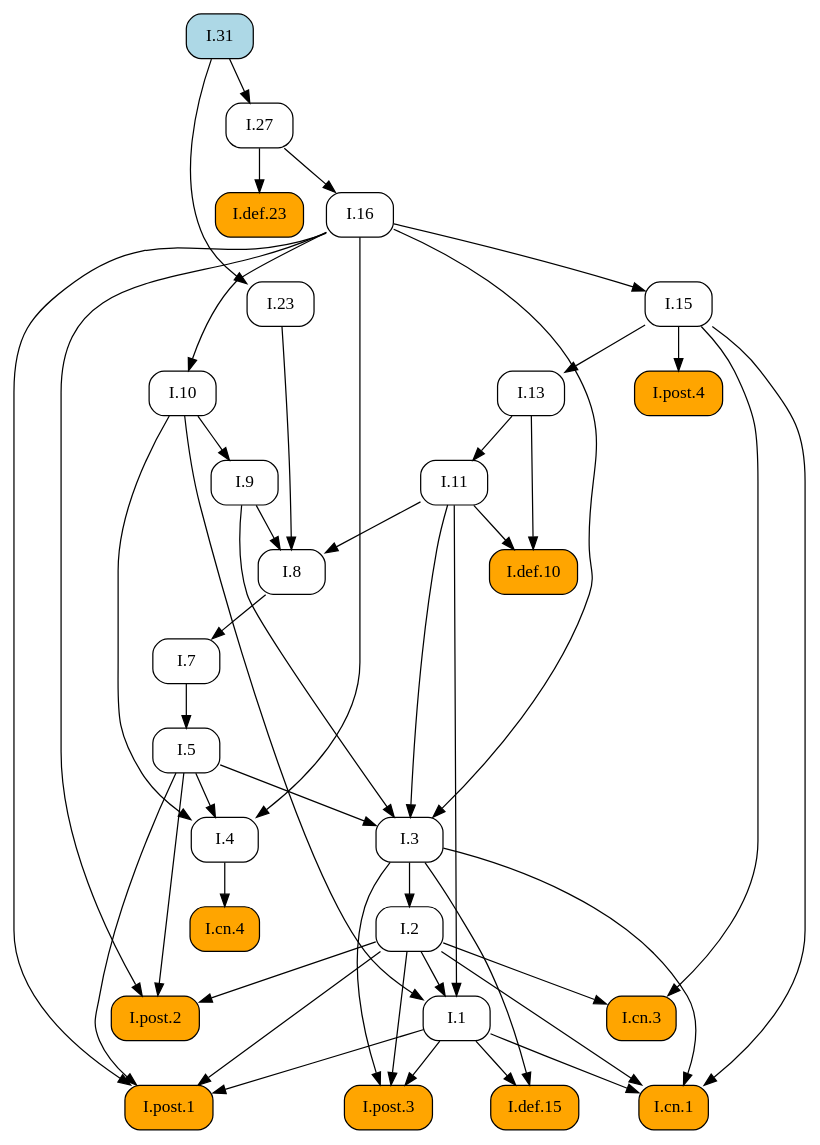
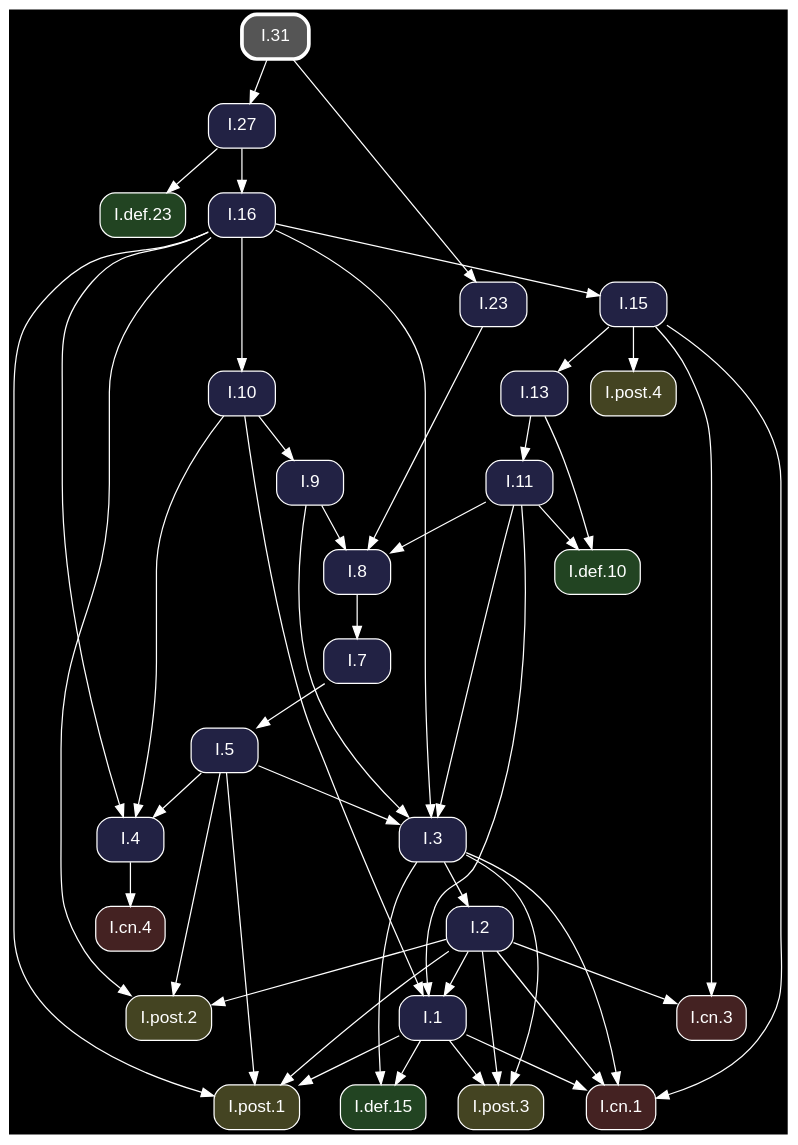
One commit to geometor/elements changed the diagram in docsrc/heath/I/31/index.rst. Above: the diagram before and after it, drawn with Graphviz. The commit also changed other lines of this file and 1200 other files, not shown here.

Commit message:
update dependency graphs

```diff
--- a/docsrc/heath/I/31/index.rst
+++ b/docsrc/heath/I/31/index.rst
@@ -37,79 +37,81 @@
 .. graphviz::
 
    digraph {
+     bgcolor="black";
+     node [shape=box, style="rounded,filled", fontname="Helvetica", color="white", fontcolor="white"];
+     edge [color="white", fontcolor="white"];
      rankdir="TB";
-     node [shape=box, style=rounded];
-     "I.23" [URL="/heath/I/23/", target="_top"];
-     "I.9" [URL="/heath/I/9/", target="_top"];
-     "I.cn.1" [style="rounded,filled", fillcolor=orange, URL="/heath/I/cn.1/", target="_top"];
-     "I.7" [URL="/heath/I/7/", target="_top"];
-     "I.2" [URL="/heath/I/2/", target="_top"];
-     "I.def.15" [style="rounded,filled", fillcolor=orange, URL="/heath/I/def.15/", target="_top"];
-     "I.13" [URL="/heath/I/13/", target="_top"];
-     "I.post.4" [style="rounded,filled", fillcolor=orange, URL="/heath/I/post.4/", target="_top"];
-     "I.4" [URL="/heath/I/4/", target="_top"];
-     "I.1" [URL="/heath/I/1/", target="_top"];
-     "I.post.3" [style="rounded,filled", fillcolor=orange, URL="/heath/I/post.3/", target="_top"];
-     "I.post.1" [style="rounded,filled", fillcolor=orange, URL="/heath/I/post.1/", target="_top"];
-     "I.5" [URL="/heath/I/5/", target="_top"];
-     "I.8" [URL="/heath/I/8/", target="_top"];
-     "I.cn.3" [style="rounded,filled", fillcolor=orange, URL="/heath/I/cn.3/", target="_top"];
-     "I.16" [URL="/heath/I/16/", target="_top"];
-     "I.31" [style="rounded,filled", fillcolor=lightblue, URL="/heath/I/31/", target="_top"];
-     "I.def.10" [style="rounded,filled", fillcolor=orange, URL="/heath/I/def.10/", target="_top"];
-     "I.15" [URL="/heath/I/15/", target="_top"];
-     "I.10" [URL="/heath/I/10/", target="_top"];
-     "I.11" [URL="/heath/I/11/", target="_top"];
-     "I.def.23" [style="rounded,filled", fillcolor=orange, URL="/heath/I/def.23/", target="_top"];
-     "I.27" [URL="/heath/I/27/", target="_top"];
-     "I.cn.4" [style="rounded,filled", fillcolor=orange, URL="/heath/I/cn.4/", target="_top"];
-     "I.post.2" [style="rounded,filled", fillcolor=orange, URL="/heath/I/post.2/", target="_top"];
-     "I.3" [URL="/heath/I/3/", target="_top"];
-     "I.31" -> "I.23";
-     "I.10" -> "I.9";
+     "I.31" [penwidth=3, color="white", fillcolor="#555555", URL="/heath/I/31/", target="_top"];
+     "I.3" [fillcolor="#222244", URL="/heath/I/3/", target="_top"];
+     "I.post.1" [fillcolor="#444422", URL="/heath/I/post.1/", target="_top"];
+     "I.cn.1" [fillcolor="#442222", URL="/heath/I/cn.1/", target="_top"];
+     "I.def.10" [fillcolor="#224422", URL="/heath/I/def.10/", target="_top"];
+     "I.15" [fillcolor="#222244", URL="/heath/I/15/", target="_top"];
+     "I.11" [fillcolor="#222244", URL="/heath/I/11/", target="_top"];
+     "I.16" [fillcolor="#222244", URL="/heath/I/16/", target="_top"];
+     "I.cn.3" [fillcolor="#442222", URL="/heath/I/cn.3/", target="_top"];
+     "I.13" [fillcolor="#222244", URL="/heath/I/13/", target="_top"];
+     "I.27" [fillcolor="#222244", URL="/heath/I/27/", target="_top"];
+     "I.2" [fillcolor="#222244", URL="/heath/I/2/", target="_top"];
+     "I.post.2" [fillcolor="#444422", URL="/heath/I/post.2/", target="_top"];
+     "I.cn.4" [fillcolor="#442222", URL="/heath/I/cn.4/", target="_top"];
+     "I.def.23" [fillcolor="#224422", URL="/heath/I/def.23/", target="_top"];
+     "I.9" [fillcolor="#222244", URL="/heath/I/9/", target="_top"];
+     "I.1" [fillcolor="#222244", URL="/heath/I/1/", target="_top"];
+     "I.post.4" [fillcolor="#444422", URL="/heath/I/post.4/", target="_top"];
+     "I.23" [fillcolor="#222244", URL="/heath/I/23/", target="_top"];
+     "I.8" [fillcolor="#222244", URL="/heath/I/8/", target="_top"];
+     "I.4" [fillcolor="#222244", URL="/heath/I/4/", target="_top"];
+     "I.post.3" [fillcolor="#444422", URL="/heath/I/post.3/", target="_top"];
+     "I.7" [fillcolor="#222244", URL="/heath/I/7/", target="_top"];
+     "I.def.15" [fillcolor="#224422", URL="/heath/I/def.15/", target="_top"];
+     "I.5" [fillcolor="#222244", URL="/heath/I/5/", target="_top"];
+     "I.10" [fillcolor="#222244", URL="/heath/I/10/", target="_top"];
+     "I.5" -> "I.3";
+     "I.9" -> "I.3";
+     "I.11" -> "I.3";
+     "I.16" -> "I.3";
+     "I.1" -> "I.post.1";
+     "I.2" -> "I.post.1";
+     "I.5" -> "I.post.1";
+     "I.16" -> "I.post.1";
      "I.1" -> "I.cn.1";
      "I.2" -> "I.cn.1";
      "I.3" -> "I.cn.1";
      "I.15" -> "I.cn.1";
-     "I.8" -> "I.7";
+     "I.11" -> "I.def.10";
+     "I.13" -> "I.def.10";
+     "I.16" -> "I.15";
+     "I.13" -> "I.11";
+     "I.27" -> "I.16";
+     "I.2" -> "I.cn.3";
+     "I.15" -> "I.cn.3";
+     "I.15" -> "I.13";
+     "I.31" -> "I.27";
      "I.3" -> "I.2";
-     "I.1" -> "I.def.15";
-     "I.3" -> "I.def.15";
-     "I.15" -> "I.13";
+     "I.2" -> "I.post.2";
+     "I.5" -> "I.post.2";
+     "I.16" -> "I.post.2";
+     "I.4" -> "I.cn.4";
+     "I.27" -> "I.def.23";
+     "I.10" -> "I.9";
+     "I.2" -> "I.1";
+     "I.10" -> "I.1";
+     "I.11" -> "I.1";
      "I.15" -> "I.post.4";
+     "I.31" -> "I.23";
+     "I.9" -> "I.8";
+     "I.11" -> "I.8";
+     "I.23" -> "I.8";
      "I.5" -> "I.4";
      "I.10" -> "I.4";
      "I.16" -> "I.4";
-     "I.2" -> "I.1";
-     "I.10" -> "I.1";
-     "I.11" -> "I.1";
      "I.1" -> "I.post.3";
      "I.2" -> "I.post.3";
      "I.3" -> "I.post.3";
-     "I.1" -> "I.post.1";
-     "I.2" -> "I.post.1";
-     "I.5" -> "I.post.1";
-     "I.16" -> "I.post.1";
+     "I.8" -> "I.7";
+     "I.1" -> "I.def.15";
+     "I.3" -> "I.def.15";
      "I.7" -> "I.5";
-     "I.9" -> "I.8";
-     "I.11" -> "I.8";
-     "I.23" -> "I.8";
-     "I.2" -> "I.cn.3";
-     "I.15" -> "I.cn.3";
-     "I.27" -> "I.16";
-     "I.11" -> "I.def.10";
-     "I.13" -> "I.def.10";
-     "I.16" -> "I.15";
      "I.16" -> "I.10";
-     "I.13" -> "I.11";
-     "I.27" -> "I.def.23";
-     "I.31" -> "I.27";
-     "I.4" -> "I.cn.4";
-     "I.2" -> "I.post.2";
-     "I.5" -> "I.post.2";
-     "I.16" -> "I.post.2";
-     "I.5" -> "I.3";
-     "I.9" -> "I.3";
-     "I.11" -> "I.3";
-     "I.16" -> "I.3";
    }
```
